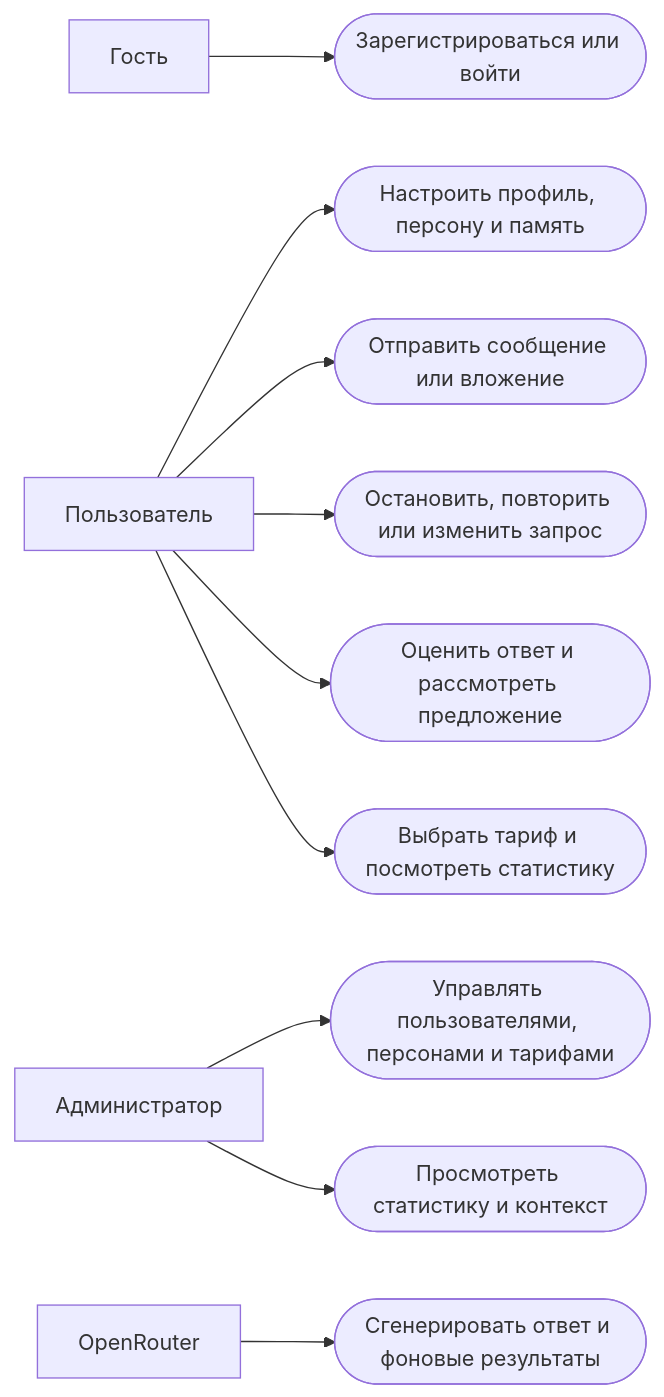
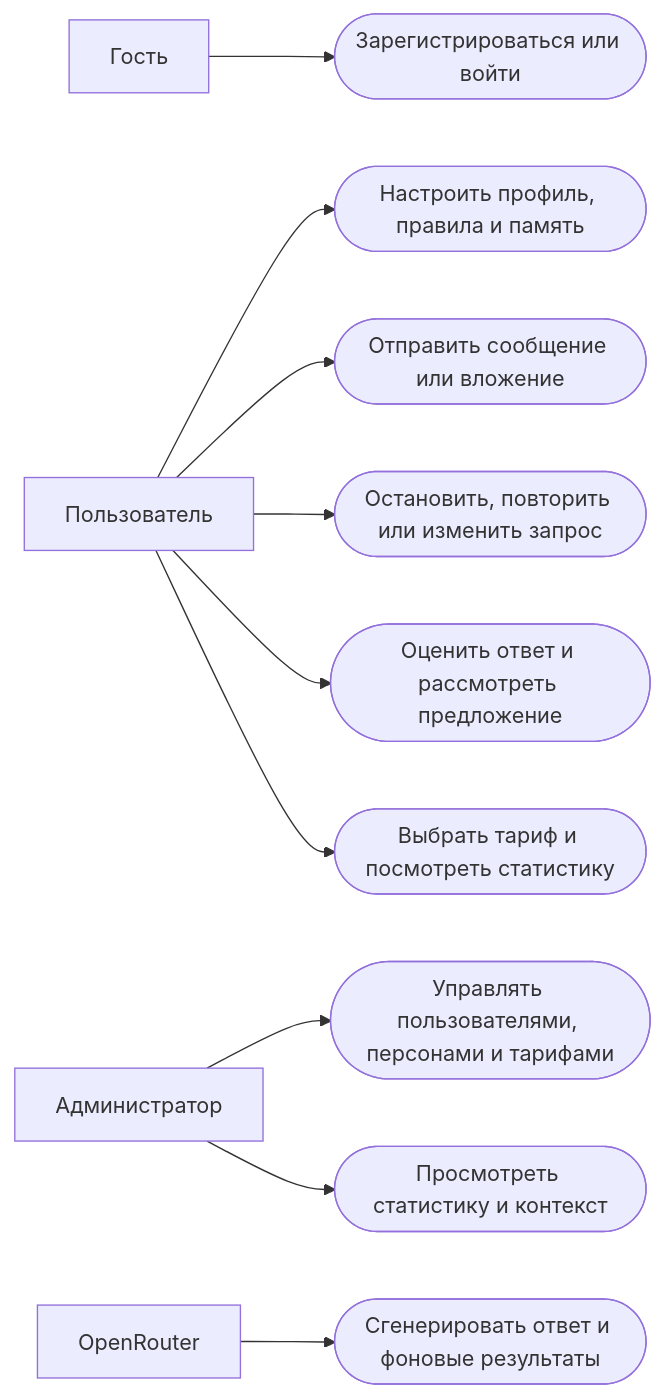
One commit to Amudz1/kursach_v2.0 changed the second of 4 diagrams in docs/architecture.md. Above: the diagram before and after it, drawn with Mermaid. The commit also changed other lines of this file and 42 other files, not shown here.

````diff
--- a/docs/architecture.md
+++ b/docs/architecture.md
@@ -53,12 +53,12 @@
 ```mermaid
 flowchart LR
     Guest["Гость"] --> SignIn(["Зарегистрироваться или войти"])
-    User["Пользователь"] --> Configure(["Настроить профиль, персону и память"])
+    User["Пользователь"] --> Configure(["Настроить профиль, правила и память"])
     User --> Talk(["Отправить сообщение или вложение"])
     User --> Control(["Остановить, повторить или изменить запрос"])
     User --> Review(["Оценить ответ и рассмотреть предложение"])
     User --> Plans(["Выбрать тариф и посмотреть статистику"])
     Admin["Администратор"] --> Manage(["Управлять пользователями, персонами и тарифами"])
     Admin --> Audit(["Просмотреть статистику и контекст"])
     Model["OpenRouter"] --> Generate(["Сгенерировать ответ и фоновые результаты"])
 ```
````
